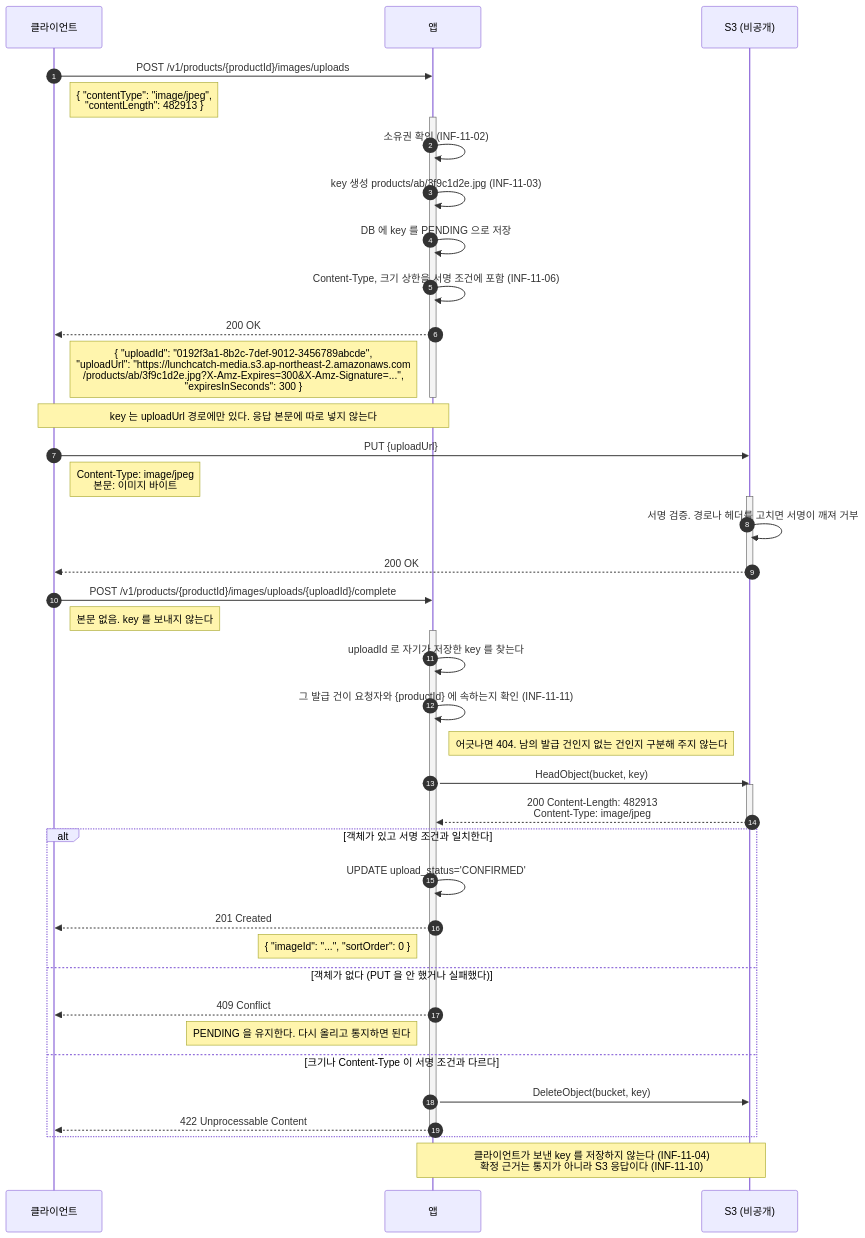
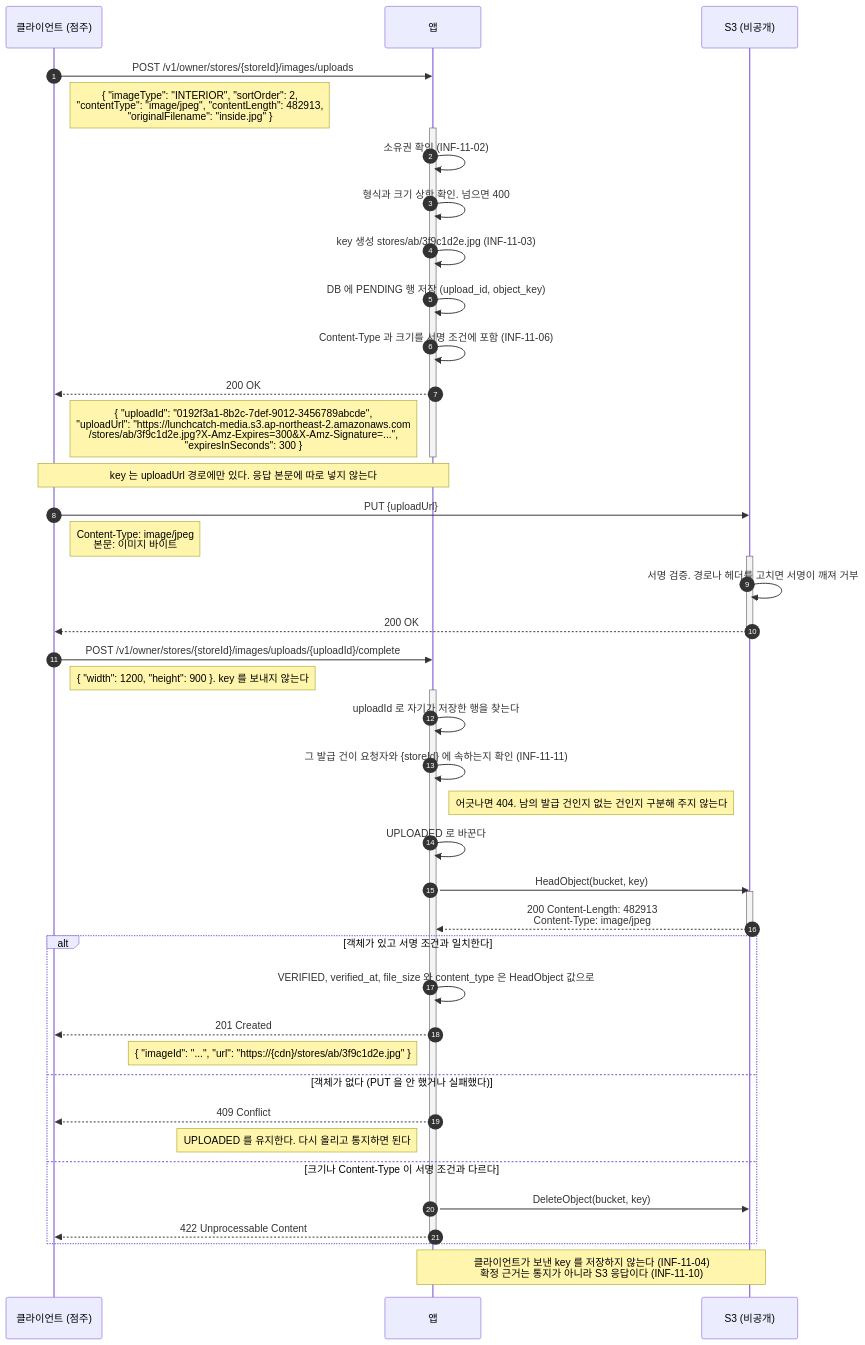
Before and after one commit to lunch-catch/lc-infra: the fourth of 8 diagrams in docs/system-design/백엔드공통_이미지저장소_설계.md, drawn with Mermaid. The commit also changed other lines of this file, not shown here.

````diff
--- a/docs/system-design/백엔드공통_이미지저장소_설계.md
+++ b/docs/system-design/백엔드공통_이미지저장소_설계.md
@@ -294,55 +334,57 @@
 ```mermaid
 sequenceDiagram
     autonumber
-    participant C as 클라이언트
+    participant C as 클라이언트 (점주)
     participant A as 앱
     participant S as S3 (비공개)
 
-    C->>A: POST /v1/products/{productId}/images/uploads
-    Note right of C: { "contentType": "image/jpeg",<br/>"contentLength": 482913 }
+    C->>A: POST /v1/owner/stores/{storeId}/images/uploads
+    Note right of C: { "imageType": "INTERIOR", "sortOrder": 2,<br/>"contentType": "image/jpeg", "contentLength": 482913,<br/>"originalFilename": "inside.jpg" }
 
     activate A
     A->>A: 소유권 확인 (INF-11-02)
-    A->>A: key 생성 products/ab/3f9c1d2e.jpg (INF-11-03)
-    A->>A: DB 에 key 를 PENDING 으로 저장
-    A->>A: Content-Type, 크기 상한을 서명 조건에 포함 (INF-11-06)
+    A->>A: 형식과 크기 상한 확인. 넘으면 400
+    A->>A: key 생성 stores/ab/3f9c1d2e.jpg (INF-11-03)
+    A->>A: DB 에 PENDING 행 저장 (upload_id, object_key)
+    A->>A: Content-Type 과 크기를 서명 조건에 포함 (INF-11-06)
     A-->>C: 200 OK
-    Note left of A: { "uploadId": "0192f3a1-8b2c-7def-9012-3456789abcde",<br/>"uploadUrl": "https://lunchcatch-media.s3.ap-northeast-2.amazonaws.com<br/>/products/ab/3f9c1d2e.jpg?X-Amz-Expires=300&X-Amz-Signature=...",<br/>"expiresInSeconds": 300 }
+    Note left of A: { "uploadId": "0192f3a1-8b2c-7def-9012-3456789abcde",<br/>"uploadUrl": "https://lunchcatch-media.s3.ap-northeast-2.amazonaws.com<br/>/stores/ab/3f9c1d2e.jpg?X-Amz-Expires=300&X-Amz-Signature=...",<br/>"expiresInSeconds": 300 }
     deactivate A
 
     Note over C,A: key 는 uploadUrl 경로에만 있다. 응답 본문에 따로 넣지 않는다
 
     C->>S: PUT {uploadUrl}
     Note right of C: Content-Type: image/jpeg<br/>본문: 이미지 바이트
     activate S
     S->>S: 서명 검증. 경로나 헤더를 고치면 서명이 깨져 거부
     S-->>C: 200 OK
     deactivate S
 
-    C->>A: POST /v1/products/{productId}/images/uploads/{uploadId}/complete
-    Note right of C: 본문 없음. key 를 보내지 않는다
+    C->>A: POST /v1/owner/stores/{storeId}/images/uploads/{uploadId}/complete
+    Note right of C: { "width": 1200, "height": 900 }. key 를 보내지 않는다
     activate A
-    A->>A: uploadId 로 자기가 저장한 key 를 찾는다
-    A->>A: 그 발급 건이 요청자와 {productId} 에 속하는지 확인 (INF-11-11)
+    A->>A: uploadId 로 자기가 저장한 행을 찾는다
+    A->>A: 그 발급 건이 요청자와 {storeId} 에 속하는지 확인 (INF-11-11)
     Note right of A: 어긋나면 404. 남의 발급 건인지 없는 건인지 구분해 주지 않는다
+    A->>A: UPLOADED 로 바꾼다
 
     A->>S: HeadObject(bucket, key)
     activate S
     S-->>A: 200 Content-Length: 482913<br/>Content-Type: image/jpeg
     deactivate S
 
     alt 객체가 있고 서명 조건과 일치한다
-        A->>A: UPDATE upload_status='CONFIRMED'
+        A->>A: VERIFIED, verified_at, file_size 와 content_type 은 HeadObject 값으로
         A-->>C: 201 Created
-        Note left of A: { "imageId": "...", "sortOrder": 0 }
+        Note left of A: { "imageId": "...", "url": "https://{cdn}/stores/ab/3f9c1d2e.jpg" }
     else 객체가 없다 (PUT 을 안 했거나 실패했다)
         A-->>C: 409 Conflict
-        Note left of A: PENDING 을 유지한다. 다시 올리고 통지하면 된다
+        Note left of A: UPLOADED 를 유지한다. 다시 올리고 통지하면 된다
     else 크기나 Content-Type 이 서명 조건과 다르다
         A->>S: DeleteObject(bucket, key)
         A-->>C: 422 Unprocessable Content
     end
     deactivate A
 
     Note over A,S: 클라이언트가 보낸 key 를 저장하지 않는다 (INF-11-04)<br/>확정 근거는 통지가 아니라 S3 응답이다 (INF-11-10)
 ```
````
